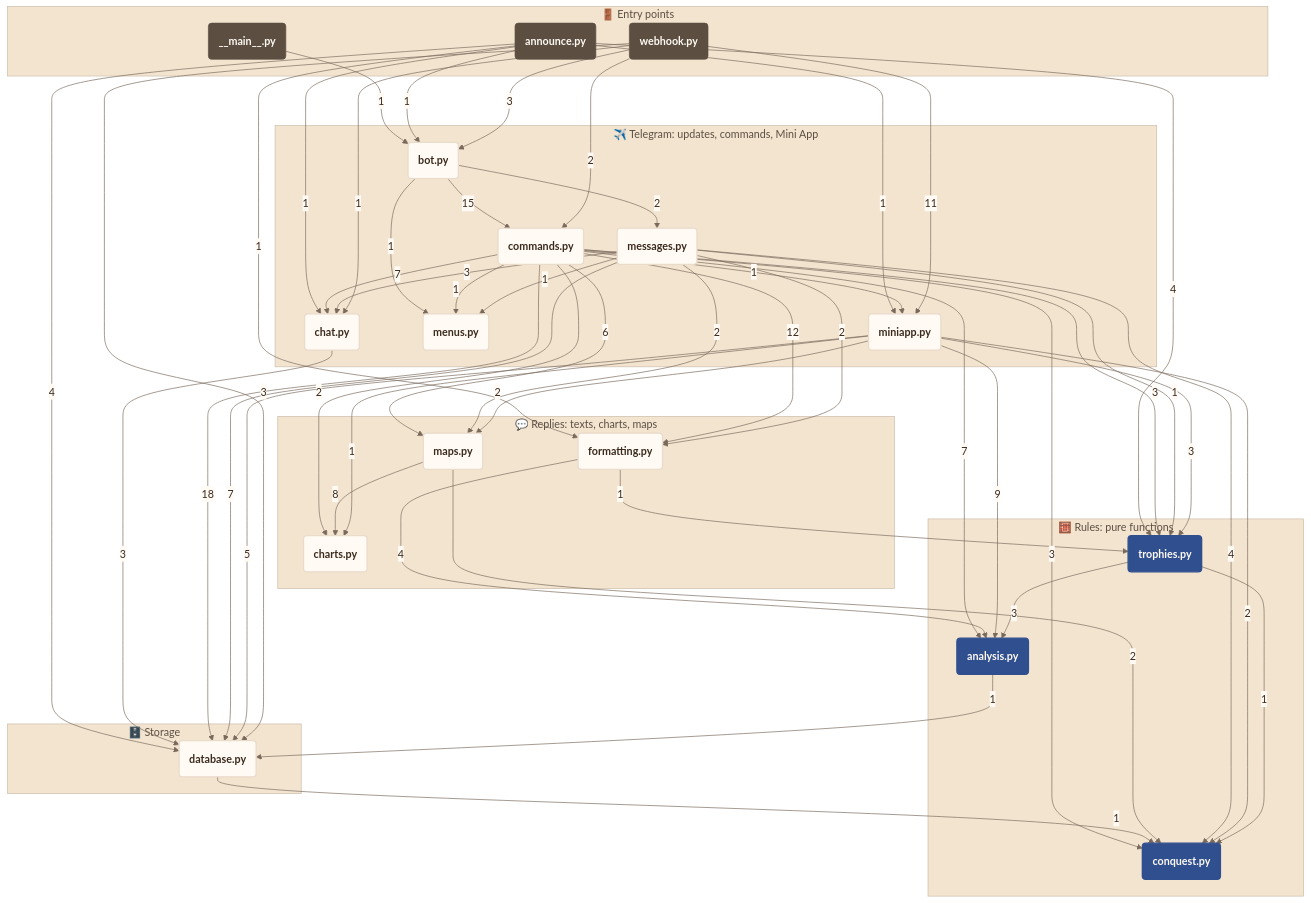
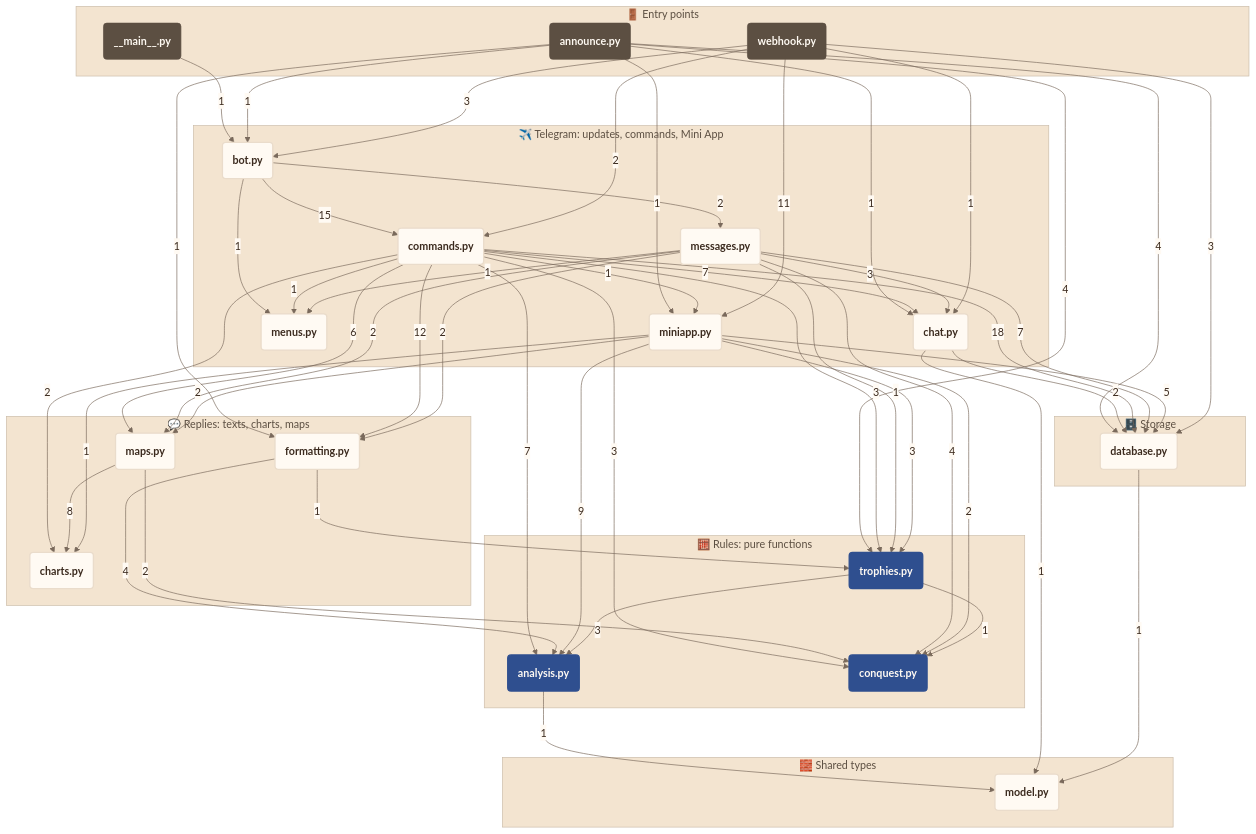
Before and after one commit to francescoperrino/Caccometro: the third of 8 diagrams in docs/architecture.md, drawn with Mermaid. The commit also changed other lines of this file and 22 other files, not shown here.

````diff
--- a/docs/architecture.md
+++ b/docs/architecture.md
@@ -258,8 +259,11 @@
     subgraph storage["🗄️ Storage"]
         database("<b>database.py</b>")
     end
+    subgraph types["🧱 Shared types"]
+        model("<b>model.py</b>")
+    end
     __main__ -->|"1"| bot
-    analysis -->|"1"| database
+    analysis -->|"1"| model
     announce -->|"1"| bot
     announce -->|"1"| chat
     announce -->|"4"| database
@@ -269,7 +273,8 @@
     bot -->|"15"| commands
     bot -->|"1"| menus
     bot -->|"2"| messages
-    chat -->|"3"| database
+    chat -->|"2"| database
+    chat -->|"1"| model
     commands -->|"7"| analysis
     commands -->|"2"| charts
     commands -->|"7"| chat
@@ -280,7 +285,7 @@
     commands -->|"1"| menus
     commands -->|"1"| miniapp
     commands -->|"3"| trophies
-    database -->|"1"| conquest
+    database -->|"1"| model
     formatting -->|"4"| analysis
     formatting -->|"1"| trophies
     maps -->|"8"| charts
@@ -309,6 +314,6 @@
     classDef main fill:#2f4f8f,stroke:#2f4f8f,color:#fffaf3
     classDef person fill:#5c4f42,stroke:#5c4f42,color:#fffaf3
     class __main__,webhook,announce person
-    class bot,commands,messages,chat,menus,miniapp,formatting,charts,maps,analysis,trophies,conquest,database step
+    class bot,commands,messages,chat,menus,miniapp,formatting,charts,maps,analysis,trophies,conquest,database,model step
     class analysis,trophies,conquest main
 ```
````
